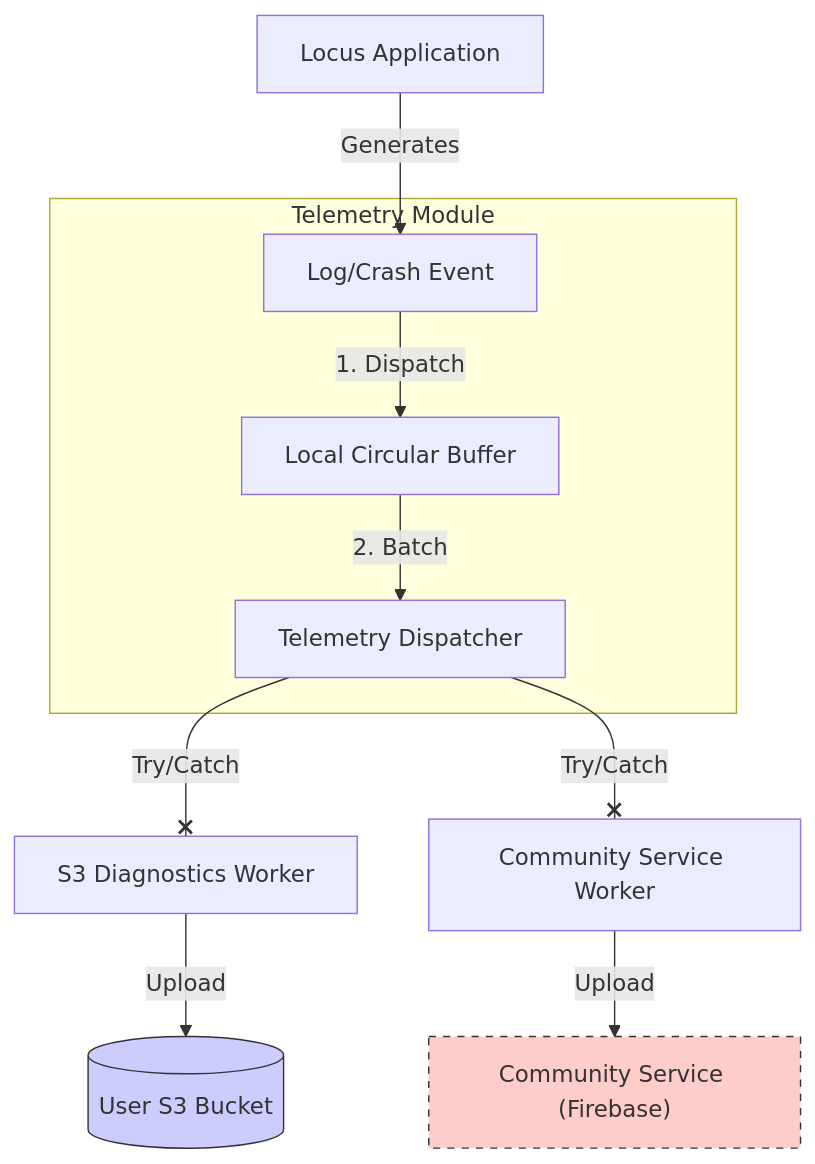
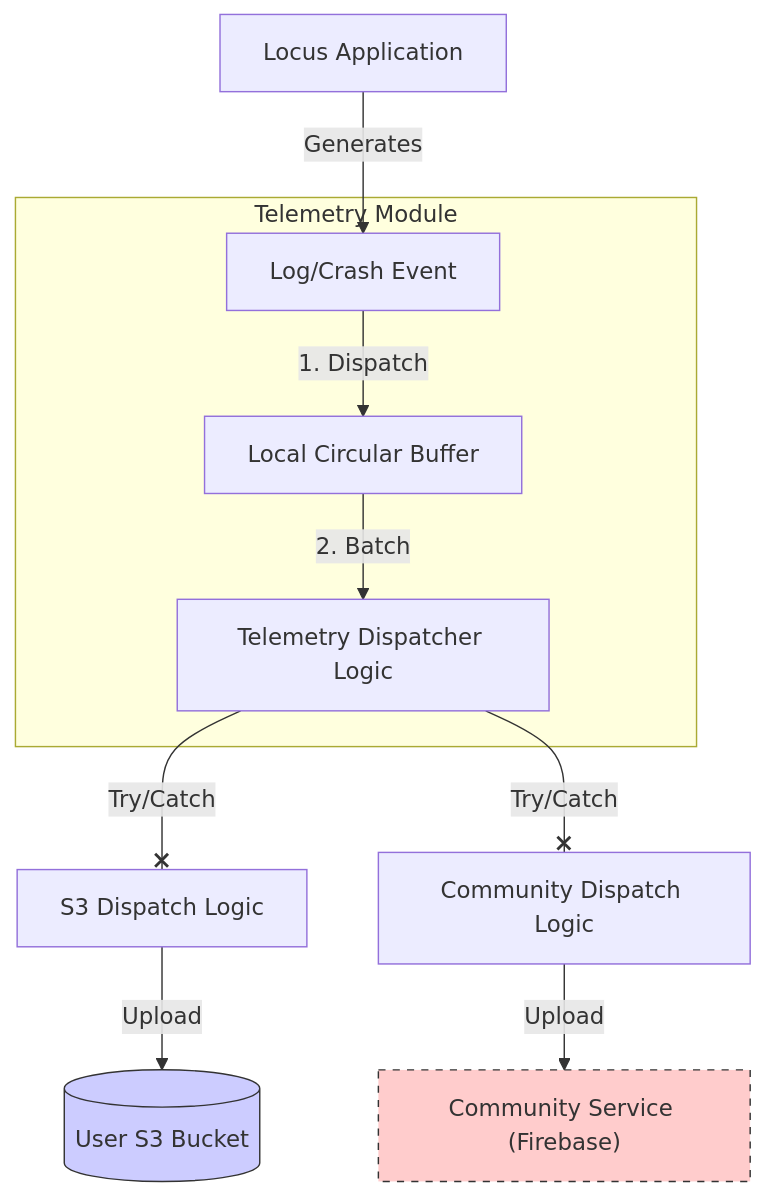
The diagram in docs/specs/telemetry_spec.md (Caskman/locus), drawn with Mermaid before and after one commit. The commit also changed other lines of this file and 4 other files, not shown here.

First line of the commit message:
docs: Align telemetry specs with single-worker architecture and circular buffer retention

````diff
--- a/docs/specs/telemetry_spec.md
+++ b/docs/specs/telemetry_spec.md
@@ -16,18 +16,18 @@
 ```mermaid
 graph TD
     App[Locus Application] -->|Generates| Log[Log/Crash Event]
 
     subgraph Telemetry Module
         Log -->|1. Dispatch| Buffer[Local Circular Buffer]
-        Buffer -->|2. Batch| Dispatcher[Telemetry Dispatcher]
+        Buffer -->|2. Batch| Dispatcher[Telemetry Dispatcher Logic]
     end
 
-    Dispatcher --x|Try/Catch| S3Worker[S3 Diagnostics Worker]
-    Dispatcher --x|Try/Catch| ExtWorker[Community Service Worker]
+    Dispatcher --x|Try/Catch| S3Unit[S3 Dispatch Logic]
+    Dispatcher --x|Try/Catch| ExtUnit[Community Dispatch Logic]
 
-    S3Worker -->|Upload| UserBucket[(User S3 Bucket)]
-    ExtWorker -->|Upload| ExtService["Community Service (Firebase)"]
+    S3Unit -->|Upload| UserBucket[(User S3 Bucket)]
+    ExtUnit -->|Upload| ExtService["Community Service (Firebase)"]
 
     style UserBucket fill:#ccf,stroke:#333
     style ExtService fill:#fcc,stroke:#333,stroke-dasharray: 5 5
 ```
````
